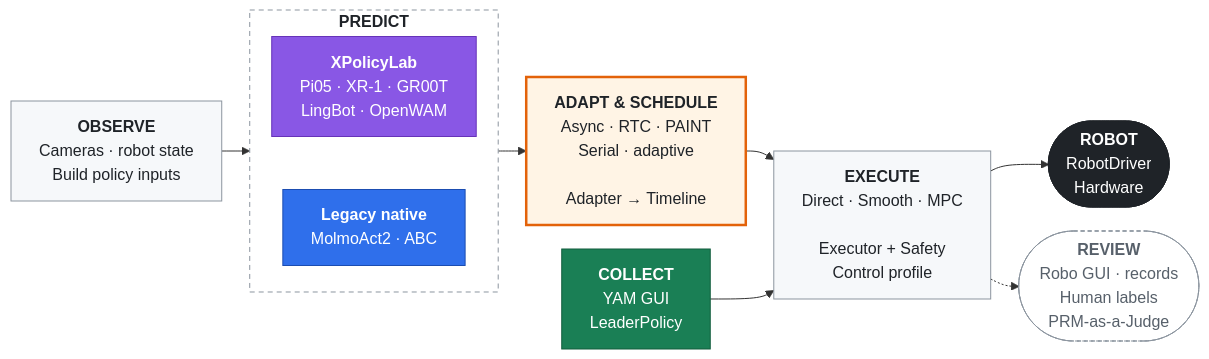
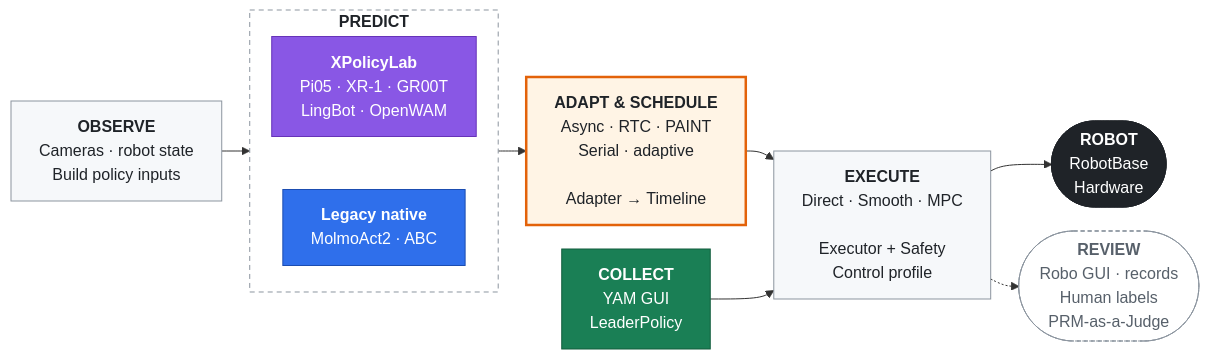
The diagram in README.md (SII-LiuLab/manimux), drawn with Mermaid before and after one commit. The commit also changed other lines of this file and 756 other files, not shown here.

````diff
--- a/README.md
+++ b/README.md
@@ -86,31 +104,31 @@
 ```mermaid
 %%{init: {"flowchart": {"wrappingWidth": 180, "curve": "basis", "nodeSpacing": 24, "rankSpacing": 28, "padding": 14}}}%%
 flowchart LR
     OBS["<b>OBSERVE</b><br/>Cameras · robot state<br/>Build policy inputs"]:::stage
 
     subgraph THINK["<b>PREDICT</b>"]
         direction TB
         XPOLICY["<b>XPolicyLab</b><br/>Pi05 · XR-1 · GR00T<br/>LingBot · OpenWAM"]:::xpolicy
         NATIVE["<b>Legacy native</b><br/>MolmoAct2 · ABC"]:::native
         XPOLICY ~~~ NATIVE
     end
 
     PLAN["<b>ADAPT & SCHEDULE</b><br/>Async · RTC · PAINT<br/>Serial · adaptive<br/><br/>Adapter → Timeline"]:::handoff
     ACT["<b>EXECUTE</b><br/>Direct · Smooth · MPC<br/><br/>Executor + Safety<br/>Control profile"]:::stage
-    ROBOT(["<b>ROBOT</b><br/>RobotDriver<br/>Hardware"]):::robot
+    ROBOT(["<b>ROBOT</b><br/>RobotBase<br/>Hardware"]):::robot
     TELEOP["<b>COLLECT</b><br/>YAM GUI<br/>LeaderPolicy"]:::collection
     REVIEW(["<b>REVIEW</b><br/>Robo GUI · records<br/>Human labels<br/>PRM-as-a-Judge"]):::side
 
     OBS --> THINK --> PLAN --> ACT --> ROBOT
     TELEOP --> ACT
     ACT -.-> REVIEW
 
     classDef stage fill:#F6F8FA,stroke:#8C959F,stroke-width:1px,color:#1F2328
     classDef handoff fill:#FFF4E5,stroke:#E36209,stroke-width:2.5px,color:#1F2328
     classDef side fill:#FFFFFF,stroke:#8C959F,stroke-dasharray:4 3,color:#57606A
     classDef robot fill:#1F2328,stroke:#1F2328,color:#FFFFFF
     classDef xpolicy fill:#8957E5,stroke:#6633B8,color:#FFFFFF
     classDef native fill:#2F6FEB,stroke:#1B4DB1,color:#FFFFFF
     classDef collection fill:#1A7F55,stroke:#125C3D,color:#FFFFFF
     style THINK fill:#FFFFFF,stroke:#8C959F,stroke-dasharray:5 4,color:#1F2328
 ```
````
